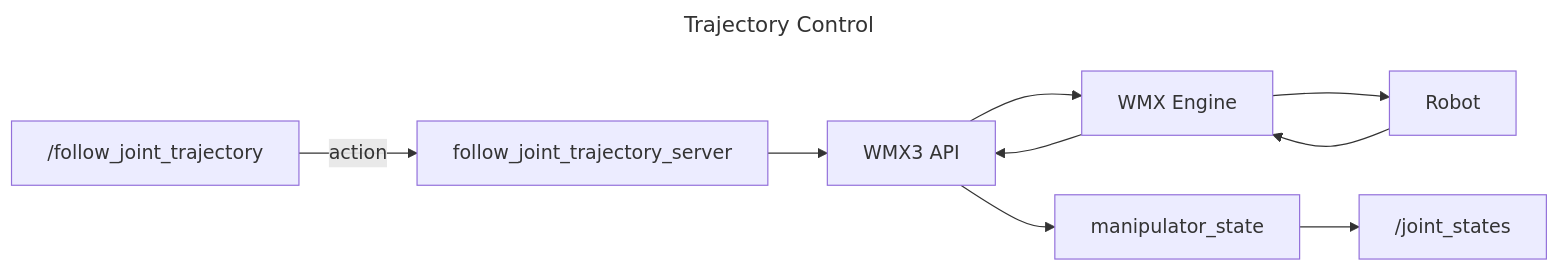
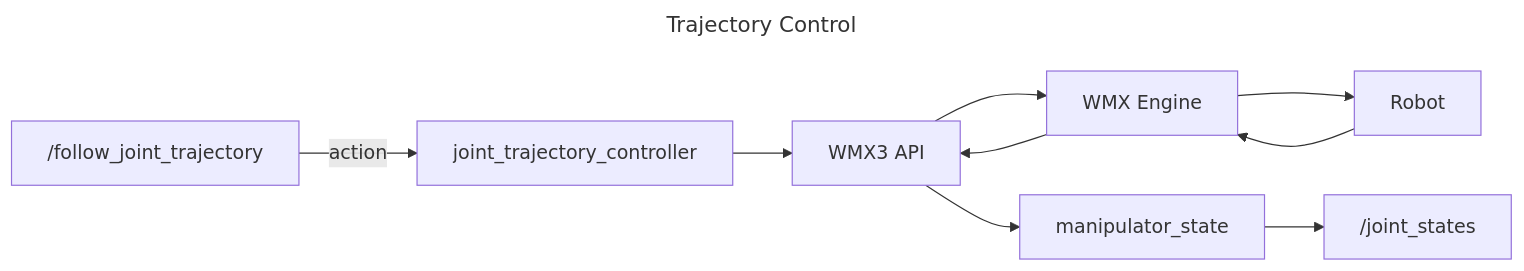
One commit to movensys/wmx-ros2 changed the second of 2 diagrams in README.md. Above: the diagram before and after it, drawn with Mermaid. The commit also changed other lines of this file and 4 other files, not shown here.

````diff
--- a/README.md
+++ b/README.md
@@ -32,14 +32,14 @@
 ```mermaid
 ---
 title: Trajectory Control
 ---
 flowchart LR;
-    A["/follow_joint_trajectory"] -->|action| B[follow_joint_trajectory_server];
+    A["/follow_joint_trajectory"] -->|action| B[joint_trajectory_controller];
     B --> C[WMX3 API];
     C --> D[WMX Engine];
     D --> E[Robot];
     E --> D[WMX Engine];
     D --> C[WMX3 API];
     C --> F[manipulator_state];
     F --> G["/joint_states"];
 ```
````
